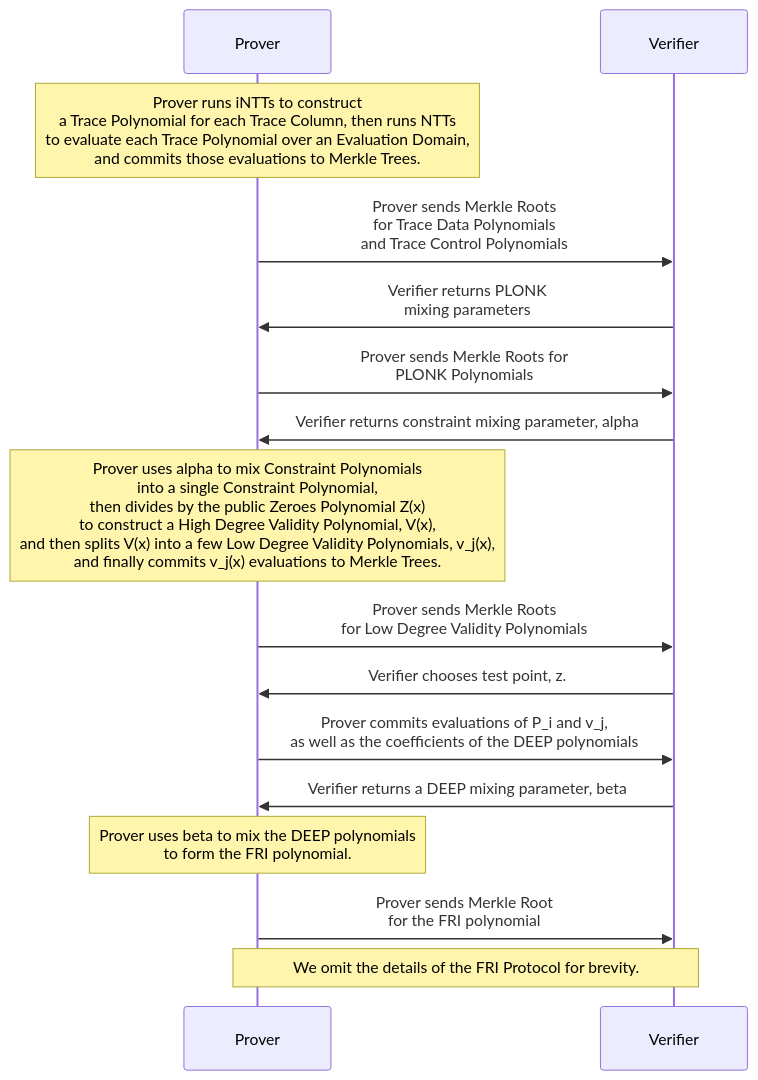
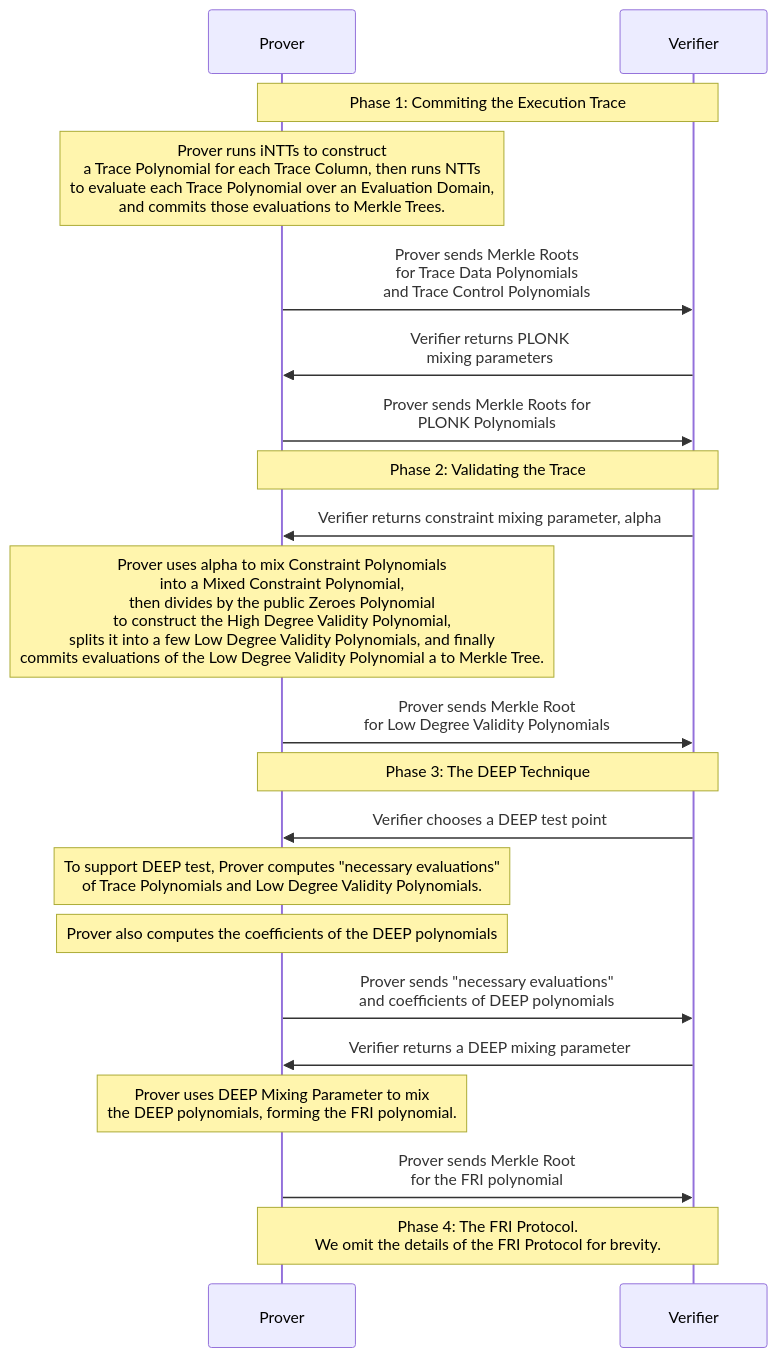
The diagram in docs/explainers/proof-system/proof-system-sequence-diagram.md (xuleimath/website), drawn with Mermaid before and after one commit. The commit also changed other lines of this file, not shown here.

Commit message:
cleaned up diagram; added phases (#22)

````diff
--- a/docs/explainers/proof-system/proof-system-sequence-diagram.md
+++ b/docs/explainers/proof-system/proof-system-sequence-diagram.md
@@ -13,17 +13,22 @@
 ```mermaid
 sequenceDiagram
+    Note over Prover,Verifier: Phase 1: Commiting the  Execution Trace
     Note over Prover: Prover runs iNTTs to construct <br/>a Trace Polynomial for each Trace Column, then runs NTTs <br/>to evaluate each Trace Polynomial over an Evaluation Domain,<br/>and commits those evaluations to Merkle Trees.
     Prover->>Verifier: Prover sends Merkle Roots <br/>for Trace Data Polynomials <br/>and Trace Control Polynomials
     Verifier->>Prover: Verifier returns PLONK <br/>mixing parameters
     Prover->>Verifier: Prover sends Merkle Roots for <br/>PLONK Polynomials 
+    Note over Prover,Verifier: Phase 2: Validating the Trace
     Verifier->>Prover: Verifier returns constraint mixing parameter, alpha
-    Note over Prover: Prover uses alpha to mix Constraint Polynomials <br/>into a single Constraint Polynomial, <br/>then divides by the public Zeroes Polynomial Z(x) <br/>to construct a High Degree Validity Polynomial, V(x),<br/> and then splits V(x) into a few Low Degree Validity Polynomials, v_j(x), <br/>and finally commits v_j(x) evaluations to Merkle Trees.
-    Prover->>Verifier: Prover sends Merkle Roots <br/>for Low Degree Validity Polynomials
-    Verifier->>Prover: Verifier chooses test point, z.
-    Prover->>Verifier: Prover commits evaluations of P_i and v_j, <br/>as well as the coefficients of the DEEP polynomials
-    Verifier->>Prover: Verifier returns a DEEP mixing parameter, beta
-    Note over Prover: Prover uses beta to mix the DEEP polynomials <br/>to form the FRI polynomial. 
+    Note over Prover: Prover uses alpha to mix Constraint Polynomials <br/>into a Mixed Constraint Polynomial, <br/>then divides by the public Zeroes Polynomial <br/>to construct the High Degree Validity Polynomial,<br/> splits it into a few Low Degree Validity Polynomials, and finally <br/>commits evaluations of the Low Degree Validity Polynomial a to Merkle Tree.
+    Prover->>Verifier: Prover sends Merkle Root <br/>for Low Degree Validity Polynomials
+    Note over Prover,Verifier: Phase 3: The DEEP Technique
+    Verifier->>Prover: Verifier chooses a DEEP test point
+    Note over Prover: To support DEEP test, Prover computes "necessary evaluations" <br/> of Trace Polynomials and Low Degree Validity Polynomials. 
+    Note over Prover: Prover also computes the coefficients of the DEEP polynomials
+    Prover->>Verifier: Prover sends "necessary evaluations" <br/>and coefficients of DEEP polynomials
+    Verifier->>Prover: Verifier returns a DEEP mixing parameter
+    Note over Prover: Prover uses DEEP Mixing Parameter to mix <br/> the DEEP polynomials, forming the FRI polynomial. 
     Prover->>Verifier: Prover sends Merkle Root <br/> for the FRI polynomial
-    Note over Prover,Verifier: We omit the details of the FRI Protocol for brevity.
+    Note over Prover,Verifier: Phase 4: The FRI Protocol. <br/>We omit the details of the FRI Protocol for brevity.
   
 ```
````
